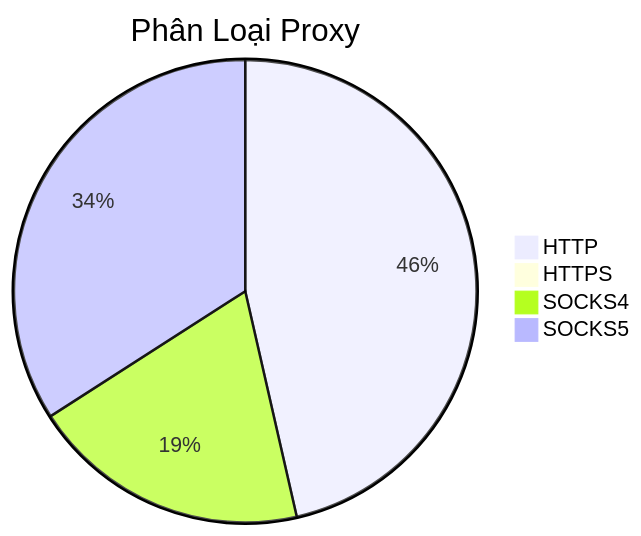
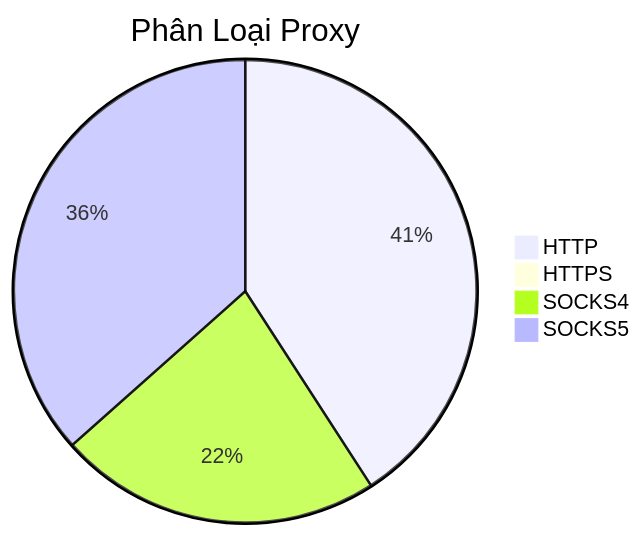
Before and after one commit to Ciara-Aa/PROXY-free: the diagram in README.md, drawn with Mermaid. The commit also changed other lines of this file and 4 other files, not shown here.

````diff
--- a/README.md
+++ b/README.md
@@ -26,7 +26,7 @@
 ```mermaid
 pie title Phân Loại Proxy
-    "HTTP" : 331
-    "HTTPS" : 5
-    "SOCKS4" : 139
-    "SOCKS5" : 243
+    "HTTP" : 257
+    "HTTPS" : 4
+    "SOCKS4" : 142
+    "SOCKS5" : 230
 ```
````
